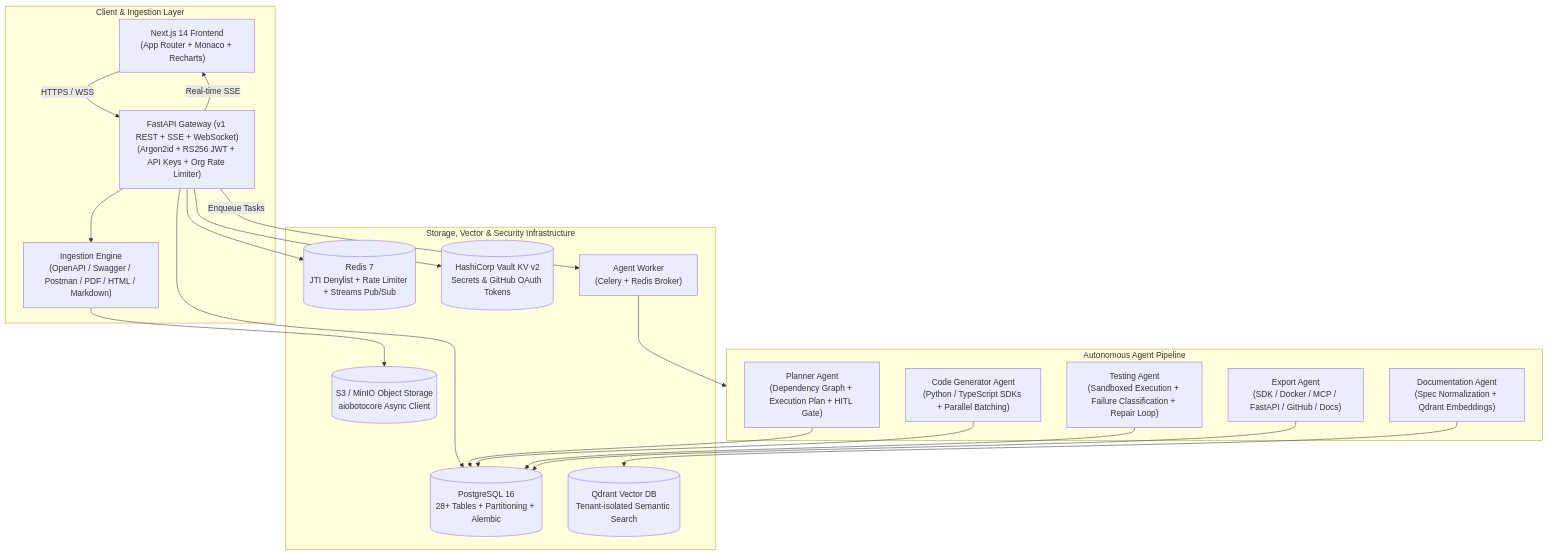
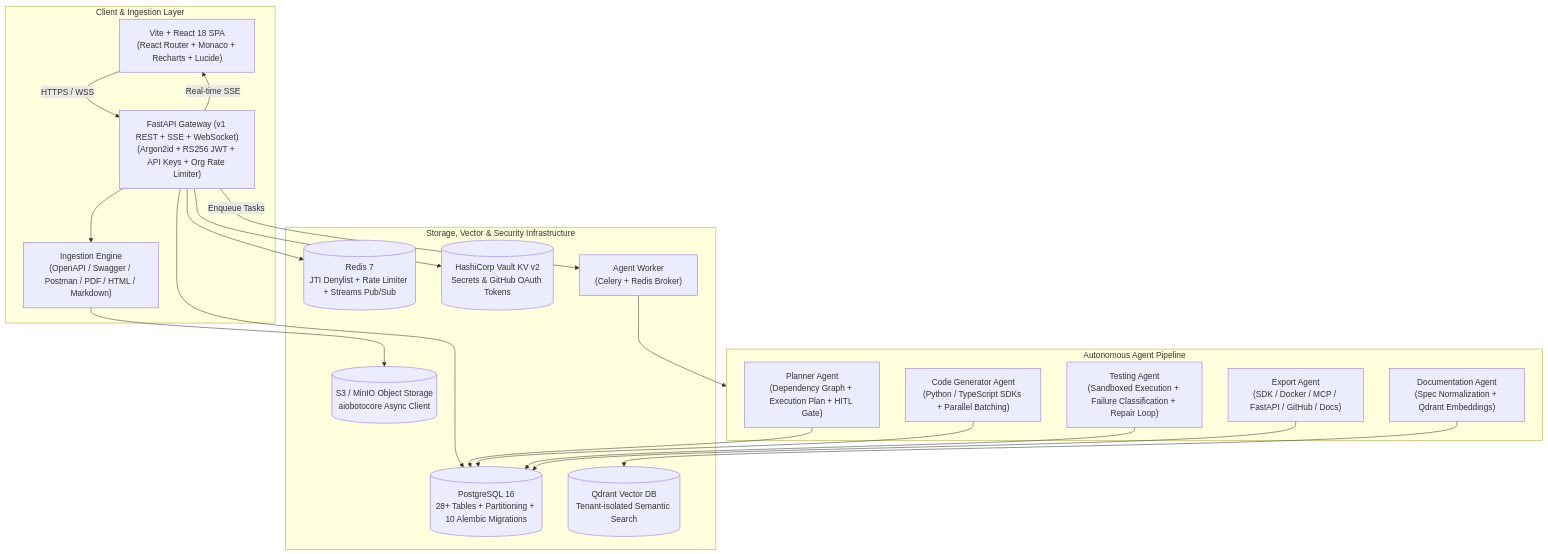
Before and after one commit to AJambla/APIWeaver-Autonomous-Multi-Agent-API-Integration-Platform: the diagram in analysis_results.md, drawn with Mermaid. The commit also changed other lines of this file and 2 other files, not shown here.

Commit message:
docs: synchronize README, architecture analysis, and deployment docs with modern codebase

````diff
--- a/analysis_results.md
+++ b/analysis_results.md
@@ -17,40 +17,40 @@
 ```mermaid
 flowchart TD
     subgraph ClientLayer ["Client & Ingestion Layer"]
-        Web["Next.js 14 Frontend\n(App Router + Monaco + Recharts)"]
+        Web["Vite + React 18 SPA\n(React Router + Monaco + Recharts + Lucide)"]
         API["FastAPI Gateway (v1 REST + SSE + WebSocket)\n(Argon2id + RS256 JWT + API Keys + Org Rate Limiter)"]
         Ingest["Ingestion Engine\n(OpenAPI / Swagger / Postman / PDF / HTML / Markdown)"]
     end
 
     subgraph Agents ["Autonomous Agent Pipeline"]
         DocAgent["Documentation Agent\n(Spec Normalization + Qdrant Embeddings)"]
         PlannerAgent["Planner Agent\n(Dependency Graph + Execution Plan + HITL Gate)"]
         CodeAgent["Code Generator Agent\n(Python / TypeScript SDKs + Parallel Batching)"]
         TestAgent["Testing Agent\n(Sandboxed Execution + Failure Classification + Repair Loop)"]
         ExportAgent["Export Agent\n(SDK / Docker / MCP / FastAPI / GitHub / Docs)"]
     end
 
     subgraph StorageInfra ["Storage, Vector & Security Infrastructure"]
-        Postgres[(PostgreSQL 16\n28+ Tables + Partitioning + Alembic)]
+        Postgres[(PostgreSQL 16\n28+ Tables + Partitioning + 10 Alembic Migrations)]
         Redis[(Redis 7\nJTI Denylist + Rate Limiter + Streams Pub/Sub)]
         Qdrant[(Qdrant Vector DB\nTenant-isolated Semantic Search)]
         MinIO[(S3 / MinIO Object Storage\naiobotocore Async Client)]
         Vault[(HashiCorp Vault KV v2\nSecrets & GitHub OAuth Tokens)]
         CeleryWorker["Agent Worker\n(Celery + Redis Broker)"]
     end
 
     Web -->|HTTPS / WSS| API
     API --> Ingest
     API --> Postgres
     API --> Redis
     API --> Vault
     Ingest --> MinIO
     API -->|Enqueue Tasks| CeleryWorker
     CeleryWorker --> Agents
     DocAgent --> Qdrant
     PlannerAgent --> Postgres
     CodeAgent --> Postgres
     TestAgent --> Postgres
     ExportAgent --> Postgres
     API -->|Real-time SSE| Web
 ```
````
